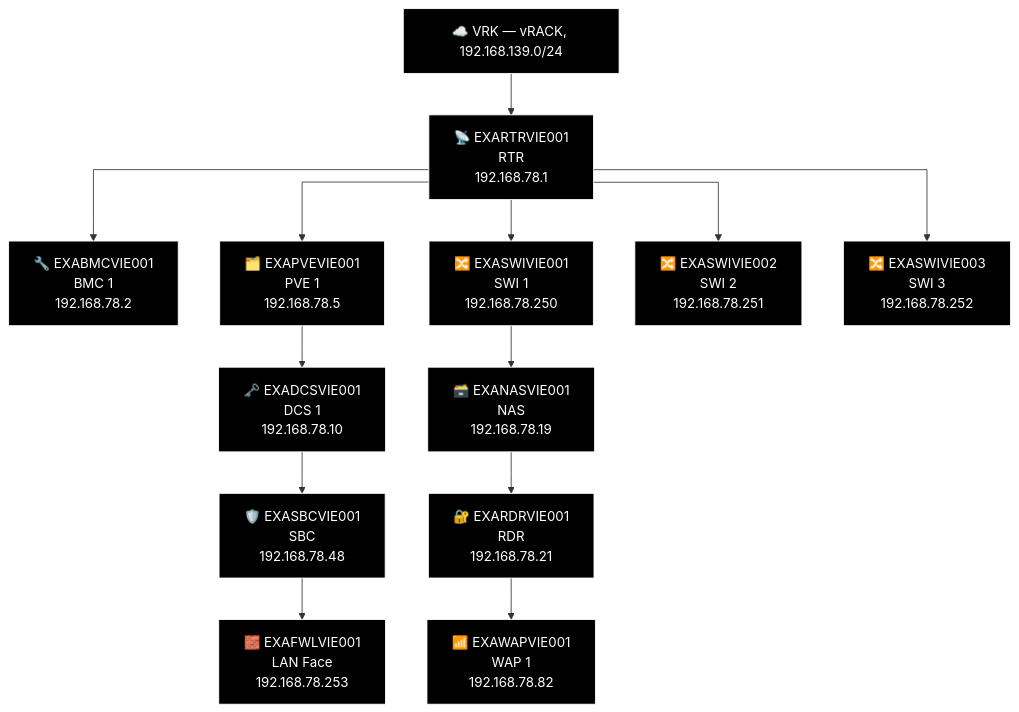
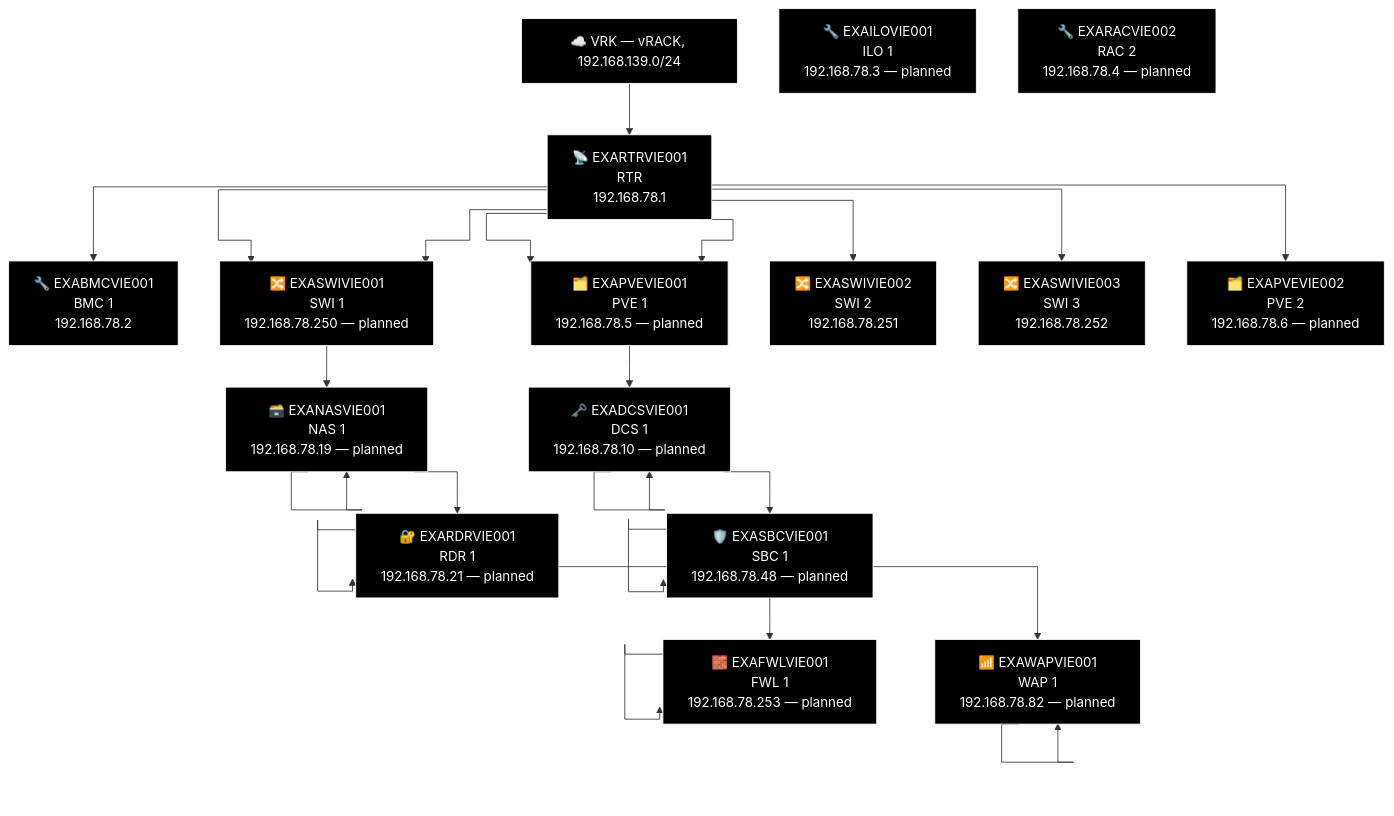
Before and after one commit to knightmare2600/example_music_infra: the second of 2 diagrams in docs/network-diagram/osterreich.md, drawn with Mermaid. The commit also changed 10 other files, not shown here.

````diff
--- a/docs/network-diagram/osterreich.md
+++ b/docs/network-diagram/osterreich.md
@@ -31,40 +31,65 @@
 ```mermaid
 %% GENERATED:TOPOLOGY:VIE:START
 %%{init: {'flowchart': {'curve': 'stepAfter'}}}%%
 graph TD
     T_VRK["☁️ VRK — vRACK, 192.168.139.0/24"]
     T_RTR["📡 EXARTRVIE001<br/>RTR<br/>192.168.78.1"]
     T_VRK --> T_RTR
     T_BMC["🔧 EXABMCVIE001<br/>BMC 1<br/>192.168.78.2"]
     T_RTR --> T_BMC
     T_PVE["🗂️ EXAPVEVIE001<br/>PVE 1<br/>192.168.78.5"]
     T_RTR --> T_PVE
     T_SWI["🔀 EXASWIVIE001<br/>SWI 1<br/>192.168.78.250"]
     T_RTR --> T_SWI
     T_SWI2["🔀 EXASWIVIE002<br/>SWI 2<br/>192.168.78.251"]
     T_RTR --> T_SWI2
     T_SWI3["🔀 EXASWIVIE003<br/>SWI 3<br/>192.168.78.252"]
     T_RTR --> T_SWI3
+    T_SWI["🔀 EXASWIVIE001<br/>SWI 1<br/>192.168.78.250 — planned"]
+    T_RTR --> T_SWI
+    T_PVE["🗂️ EXAPVEVIE001<br/>PVE 1<br/>192.168.78.5 — planned"]
+    T_RTR --> T_PVE
+    T_PVE2["🗂️ EXAPVEVIE002<br/>PVE 2<br/>192.168.78.6 — planned"]
+    T_RTR --> T_PVE2
     T_NAS["🗃️ EXANASVIE001<br/>NAS<br/>192.168.78.19"]
+    T_NAS["🗃️ EXANASVIE001<br/>NAS 1<br/>192.168.78.19 — planned"]
     T_RDR["🔐 EXARDRVIE001<br/>RDR<br/>192.168.78.21"]
+    T_RDR["🔐 EXARDRVIE001<br/>RDR 1<br/>192.168.78.21 — planned"]
     T_WAP["📶 EXAWAPVIE001<br/>WAP 1<br/>192.168.78.82"]
-    T_SWI --> T_NAS --> T_RDR --> T_WAP
+    T_WAP["📶 EXAWAPVIE001<br/>WAP 1<br/>192.168.78.82 — planned"]
+    T_SWI --> T_NAS --> T_NAS --> T_RDR --> T_RDR --> T_WAP --> T_WAP
     T_DCS["🗝️ EXADCSVIE001<br/>DCS 1<br/>192.168.78.10"]
+    T_DCS["🗝️ EXADCSVIE001<br/>DCS 1<br/>192.168.78.10 — planned"]
     T_SBC["🛡️ EXASBCVIE001<br/>SBC<br/>192.168.78.48"]
+    T_SBC["🛡️ EXASBCVIE001<br/>SBC 1<br/>192.168.78.48 — planned"]
     T_FWL["🧱 EXAFWLVIE001<br/>LAN Face<br/>192.168.78.253"]
-    T_PVE --> T_DCS --> T_SBC --> T_FWL
+    T_FWL["🧱 EXAFWLVIE001<br/>FWL 1<br/>192.168.78.253 — planned"]
+    T_PVE --> T_DCS --> T_DCS --> T_SBC --> T_SBC --> T_FWL --> T_FWL
+    T_ILO["🔧 EXAILOVIE001<br/>ILO 1<br/>192.168.78.3 — planned"]
+    T_RAC["🔧 EXARACVIE002<br/>RAC 2<br/>192.168.78.4 — planned"]
     style T_VRK fill:#000000,stroke:#FFFFFF,color:#FFFFFF
     style T_RTR fill:#000000,stroke:#FFFFFF,color:#FFFFFF
     style T_BMC fill:#000000,stroke:#FFFFFF,color:#FFFFFF
     style T_PVE fill:#000000,stroke:#FFFFFF,color:#FFFFFF
     style T_SWI fill:#000000,stroke:#FFFFFF,color:#FFFFFF
     style T_SWI2 fill:#000000,stroke:#FFFFFF,color:#FFFFFF
     style T_SWI3 fill:#000000,stroke:#FFFFFF,color:#FFFFFF
+    style T_SWI fill:#000000,stroke:#FFFFFF,color:#FFFFFF
+    style T_PVE fill:#000000,stroke:#FFFFFF,color:#FFFFFF
+    style T_PVE2 fill:#000000,stroke:#FFFFFF,color:#FFFFFF
+    style T_NAS fill:#000000,stroke:#FFFFFF,color:#FFFFFF
     style T_NAS fill:#000000,stroke:#FFFFFF,color:#FFFFFF
     style T_RDR fill:#000000,stroke:#FFFFFF,color:#FFFFFF
+    style T_RDR fill:#000000,stroke:#FFFFFF,color:#FFFFFF
+    style T_WAP fill:#000000,stroke:#FFFFFF,color:#FFFFFF
     style T_WAP fill:#000000,stroke:#FFFFFF,color:#FFFFFF
     style T_DCS fill:#000000,stroke:#FFFFFF,color:#FFFFFF
+    style T_DCS fill:#000000,stroke:#FFFFFF,color:#FFFFFF
+    style T_SBC fill:#000000,stroke:#FFFFFF,color:#FFFFFF
     style T_SBC fill:#000000,stroke:#FFFFFF,color:#FFFFFF
     style T_FWL fill:#000000,stroke:#FFFFFF,color:#FFFFFF
+    style T_FWL fill:#000000,stroke:#FFFFFF,color:#FFFFFF
+    style T_ILO fill:#000000,stroke:#FFFFFF,color:#FFFFFF
+    style T_RAC fill:#000000,stroke:#FFFFFF,color:#FFFFFF
 %% GENERATED:TOPOLOGY:VIE:END
 ```
````
